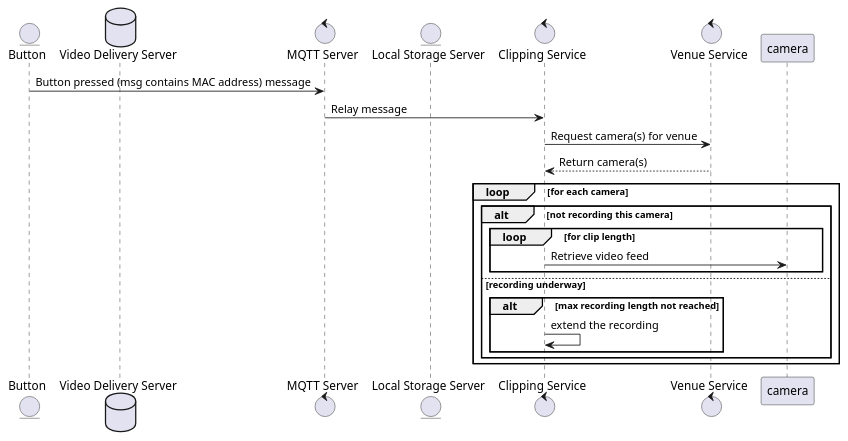
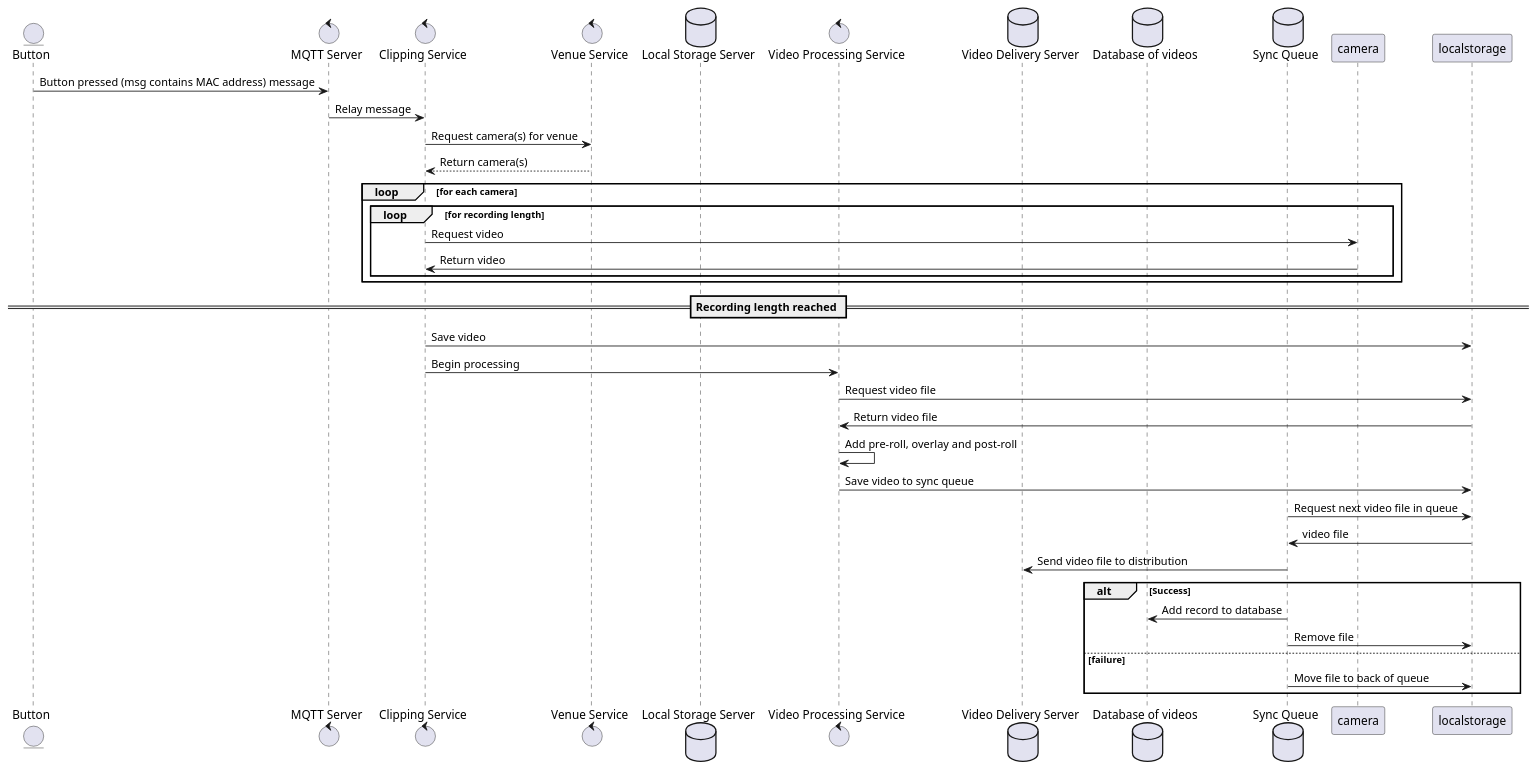
The diagram in overview.puml (shaworth/planter), drawn with PlantUML before and after one commit.

```diff
--- a/overview.puml
+++ b/overview.puml
@@ -1,25 +1,42 @@
 @startuml
 
 entity "Button" as button
-database "Video Delivery Server" as s3
 control "MQTT Server" as mqtt
-entity "Local Storage Server" as localstore
 control "Clipping Service" as clipping
 control "Venue Service" as venue
+database "Local Storage Server" as localstore
+control "Video Processing Service" as postprocess
+database "Video Delivery Server" as s3
+database "Database of videos" as db
+database "Sync Queue" as sync
 
 button -> mqtt : Button pressed (msg contains MAC address) message
 mqtt -> clipping : Relay message
 clipping -> venue : Request camera(s) for venue
 venue --> clipping : Return camera(s)
 loop for each camera
-    alt not recording this camera
-        loop for clip length
-            clipping -> camera: Retrieve video feed
-        end
-    else recording underway
-        alt max recording length not reached
-            clipping -> clipping: extend the recording
-        end
+    loop for recording length
+        clipping -> camera: Request video
+        camera -> clipping: Return video
     end
 end
+
+== Recording length reached ==
+
+clipping -> localstorage: Save video
+clipping -> postprocess: Begin processing
+postprocess -> localstorage: Request video file
+postprocess <- localstorage: Return video file
+postprocess -> postprocess: Add pre-roll, overlay and post-roll
+postprocess -> localstorage: Save video to sync queue
+sync -> localstorage: Request next video file in queue
+localstorage -> sync: video file
+sync -> s3: Send video file to distribution
+alt Success
+    sync -> db: Add record to database
+    sync -> localstorage: Remove file
+else failure
+    sync -> localstorage: Move file to back of queue
+end
+
 @enduml
```
